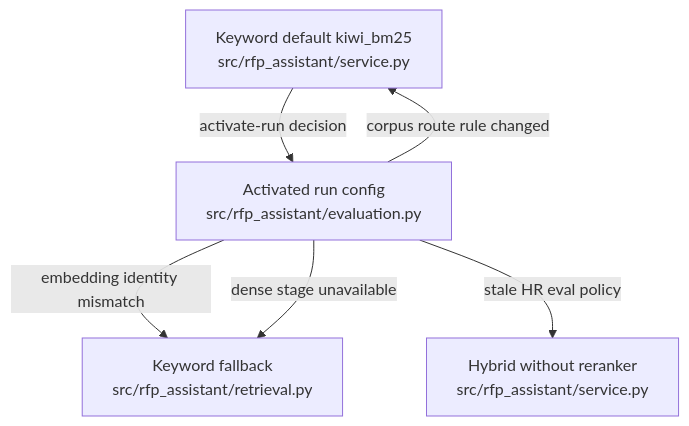
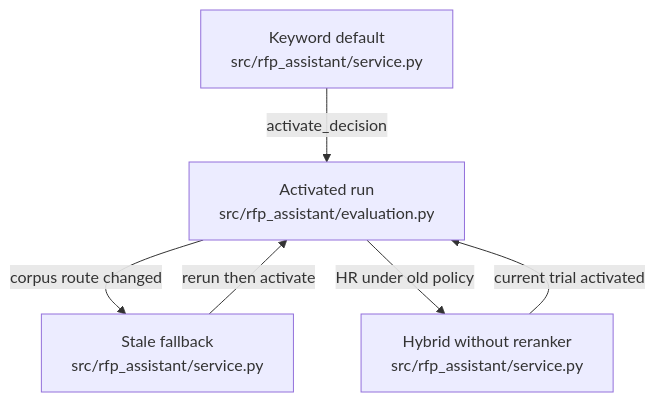
One commit to littleeeeebit/project-codeit-mid changed the diagram in .omm/state-transitions/serving-activation/diagram.mmd. Above: the diagram before and after it, drawn with Mermaid. The commit also changed 373 other files, not shown here.

```diff
--- a/.omm/state-transitions/serving-activation/diagram.mmd
+++ b/.omm/state-transitions/serving-activation/diagram.mmd
@@ -1,10 +1,6 @@
 graph TD
-  keyword_default["Keyword default kiwi_bm25\nsrc/rfp_assistant/service.py"]
-  activated_run["Activated run config\nsrc/rfp_assistant/evaluation.py"]
-  keyword_fallback["Keyword fallback\nsrc/rfp_assistant/retrieval.py"]
-  hybrid_without_reranker["Hybrid without reranker\nsrc/rfp_assistant/service.py"]
-  keyword_default -->|"activate-run decision"| activated_run
-  activated_run -->|"corpus route rule changed"| keyword_default
-  activated_run -->|"embedding identity mismatch"| keyword_fallback
-  activated_run -->|"dense stage unavailable"| keyword_fallback
-  activated_run -->|"stale HR eval policy"| hybrid_without_reranker
+  keyword-default["Keyword default\nsrc/rfp_assistant/service.py"] -->|"activate_decision"| activated-run["Activated run\nsrc/rfp_assistant/evaluation.py"]
+  activated-run -->|"corpus route changed"| stale-fallback["Stale fallback\nsrc/rfp_assistant/service.py"]
+  activated-run -->|"HR under old policy"| hybrid-without-reranker["Hybrid without reranker\nsrc/rfp_assistant/service.py"]
+  stale-fallback -->|"rerun then activate"| activated-run
+  hybrid-without-reranker -->|"current trial activated"| activated-run
```
